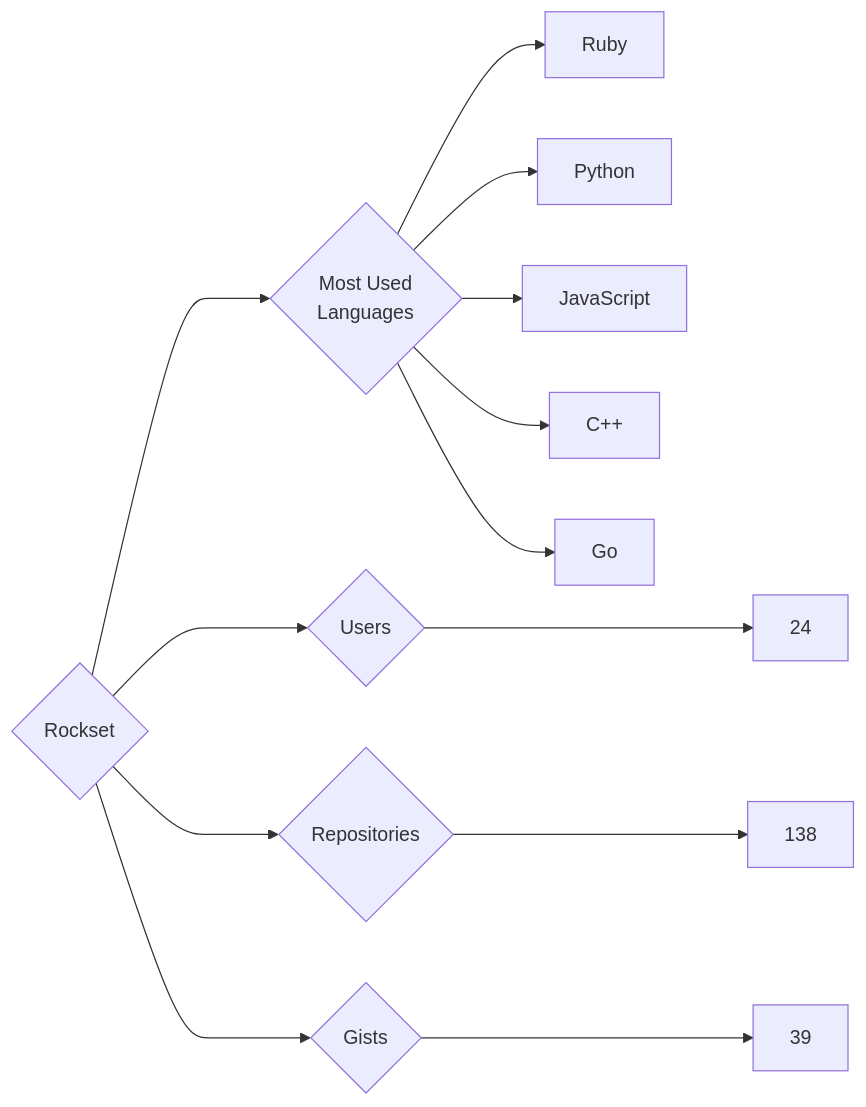
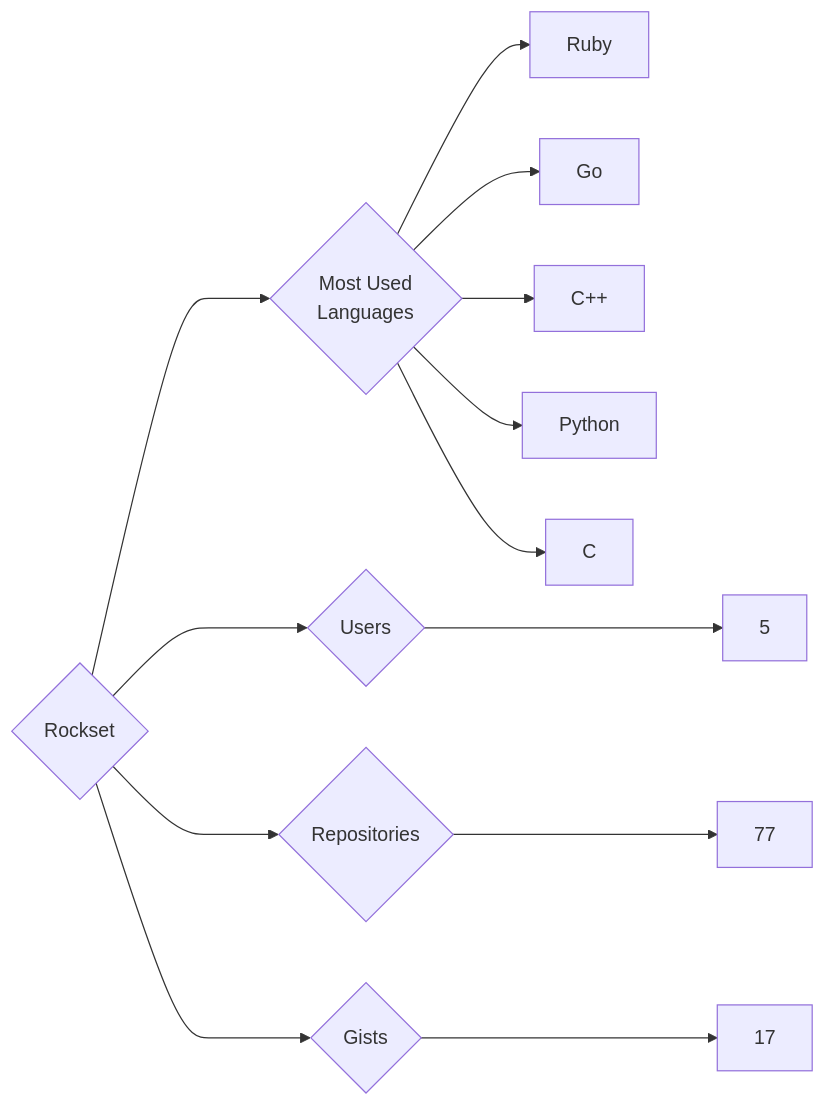
One commit to trickest/insiders changed the diagram in targets/Rockset/README.md. Above: the diagram before and after it, drawn with Mermaid. The commit also changed 939 other files, not shown here.

````diff
--- a/targets/Rockset/README.md
+++ b/targets/Rockset/README.md
@@ -3,13 +3,13 @@
 ```mermaid
 graph LR
 COMPANY_NAME{Rockset}
-COMPANY_NAME ---> U{Users} ---> UN[24]
-COMPANY_NAME ---> R{Repositories} ---> RN[138]
-COMPANY_NAME ---> G{Gists} ---> GN[39]
+COMPANY_NAME ---> U{Users} ---> UN[5]
+COMPANY_NAME ---> R{Repositories} ---> RN[77]
+COMPANY_NAME ---> G{Gists} ---> GN[17]
 COMPANY_NAME ---> ML{Most Used<br>Languages}
 ML --> Ruby[Ruby]
+ML --> Go[Go]
+ML --> C++[C++]
 ML --> Python[Python]
-ML --> JavaScript[JavaScript]
-ML --> C++[C++]
-ML --> Go[Go]
+ML --> C[C]
 ```
````
